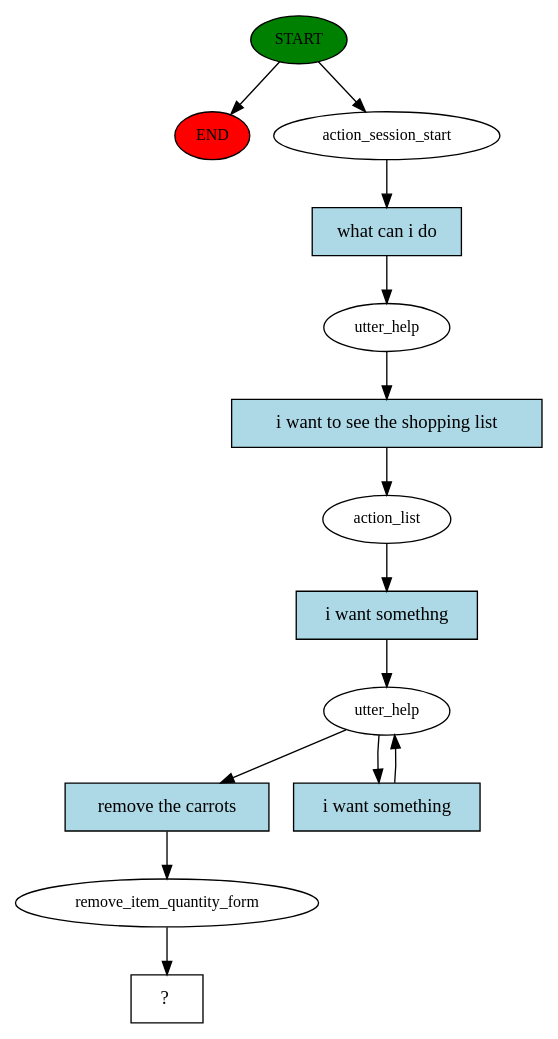
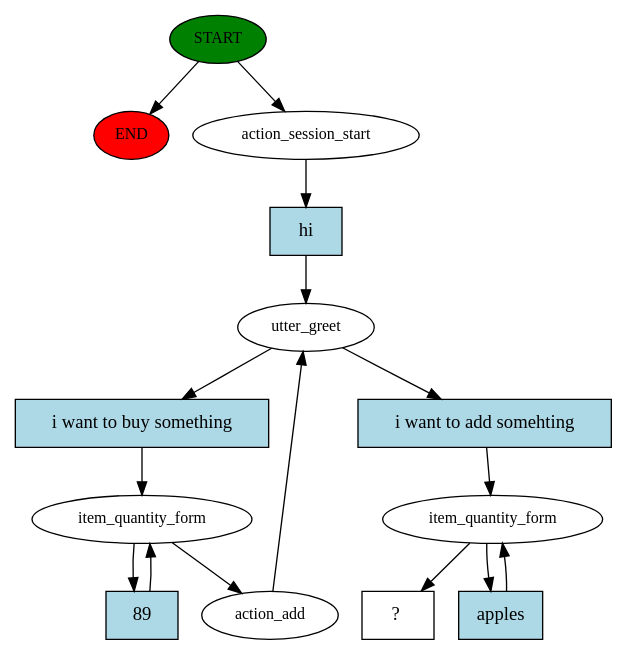
The diagram in story_graph.dot (wwertyexp/CrMidTerm), drawn with Graphviz before and after one commit. The commit also changed 1 other file, not shown here.

Commit message:
trying to solve item-number confusion in intent inform

```diff
--- a/story_graph.dot
+++ b/story_graph.dot
@@ -1,28 +1,30 @@
 digraph  {
 0 [class="start active", fillcolor=green, fontsize=12, label=START, style=filled];
 "-1" [class=end, fillcolor=red, fontsize=12, label=END, style=filled];
 1 [class=active, fontsize=12, label=action_session_start];
-2 [class=active, fontsize=12, label=utter_help];
-3 [class=active, fontsize=12, label=action_list];
-4 [class=active, fontsize=12, label=utter_help];
-6 [class=active, fontsize=12, label=remove_item_quantity_form];
-7 [class="intent dashed active", label="  ?  ", shape=rect];
-8 [class="intent active", fillcolor=lightblue, label="what can i do", shape=rect, style=filled];
-9 [class="intent active", fillcolor=lightblue, label="i want to see the shopping list", shape=rect, style=filled];
-10 [class="intent active", fillcolor=lightblue, label="i want somethng", shape=rect, style=filled];
-11 [class="intent active", fillcolor=lightblue, label="remove the carrots", shape=rect, style=filled];
-12 [class="intent active", fillcolor=lightblue, label="i want something", shape=rect, style=filled];
+2 [class=active, fontsize=12, label=utter_greet];
+3 [class=active, fontsize=12, label=item_quantity_form];
+6 [class=active, fontsize=12, label=action_add];
+8 [class=active, fontsize=12, label=item_quantity_form];
+10 [class="intent dashed active", label="  ?  ", shape=rect];
+11 [class="intent active", fillcolor=lightblue, label=hi, shape=rect, style=filled];
+12 [class="intent active", fillcolor=lightblue, label="i want to buy something", shape=rect, style=filled];
+13 [class="intent active", fillcolor=lightblue, label="i want to add somehting", shape=rect, style=filled];
+14 [class="intent active", fillcolor=lightblue, label=89, shape=rect, style=filled];
+15 [class="intent active", fillcolor=lightblue, label=apples, shape=rect, style=filled];
 0 -> "-1"  [class="", key=NONE, label=""];
 0 -> 1  [class=active, key=NONE, label=""];
-1 -> 8  [class=active, key=0];
-2 -> 9  [class=active, key=0];
-3 -> 10  [class=active, key=0];
-4 -> 11  [class=active, key=0];
-4 -> 12  [class=active, key=0];
-6 -> 7  [class=active, key=NONE, label=""];
-8 -> 2  [class=active, key=0];
-9 -> 3  [class=active, key=0];
-10 -> 4  [class=active, key=0];
-11 -> 6  [class=active, key=0];
-12 -> 4  [class=active, key=0];
+1 -> 11  [class=active, key=0];
+2 -> 12  [class=active, key=0];
+2 -> 13  [class=active, key=0];
+3 -> 6  [class=active, key=NONE, label=""];
+3 -> 14  [class=active, key=0];
+6 -> 2  [class=active, key=NONE, label=""];
+8 -> 10  [class=active, key=NONE, label=""];
+8 -> 15  [class=active, key=0];
+11 -> 2  [class=active, key=0];
+12 -> 3  [class=active, key=0];
+13 -> 8  [class=active, key=0];
+14 -> 3  [class=active, key=0];
+15 -> 8  [class=active, key=0];
 }
```
